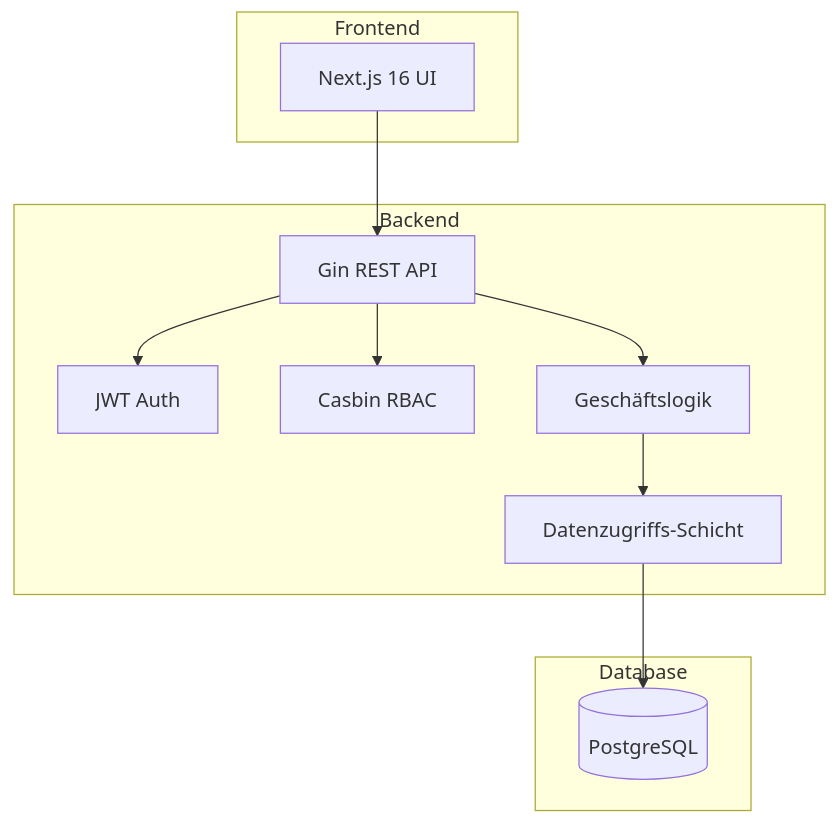
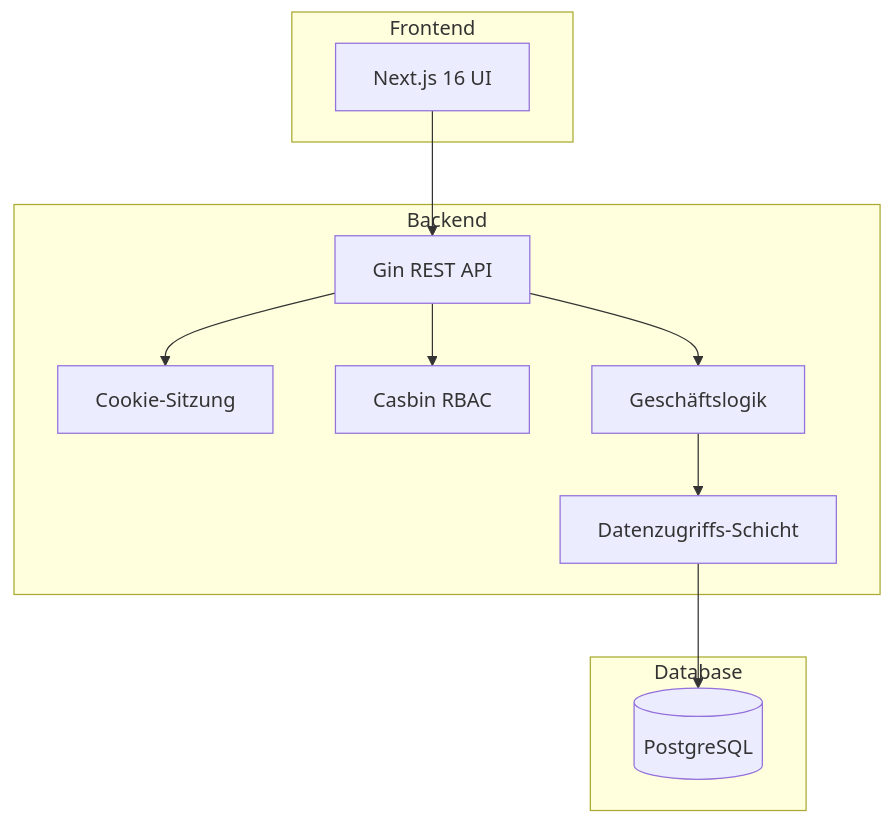
Before and after one commit to eenemeene/kitamanager-go: the diagram in website/content/de/docs/explanation/architecture/_index.md, drawn with Mermaid. The commit also changed other lines of this file and 73 other files, not shown here.

````diff
--- a/website/content/de/docs/explanation/architecture/_index.md
+++ b/website/content/de/docs/explanation/architecture/_index.md
@@ -12,25 +12,25 @@
 ```mermaid
 graph TB
     subgraph Frontend
         UI[Next.js 16 UI]
     end
 
     subgraph Backend
         API[Gin REST API]
-        Auth[JWT Auth]
+        Auth[Cookie-Sitzung]
         RBAC[Casbin RBAC]
         Services[Geschäftslogik]
         Store[Datenzugriffs-Schicht]
     end
 
     subgraph Database
         PG[(PostgreSQL)]
     end
 
     UI --> API
     API --> Auth
     API --> RBAC
     API --> Services
     Services --> Store
     Store --> PG
 ```
````
